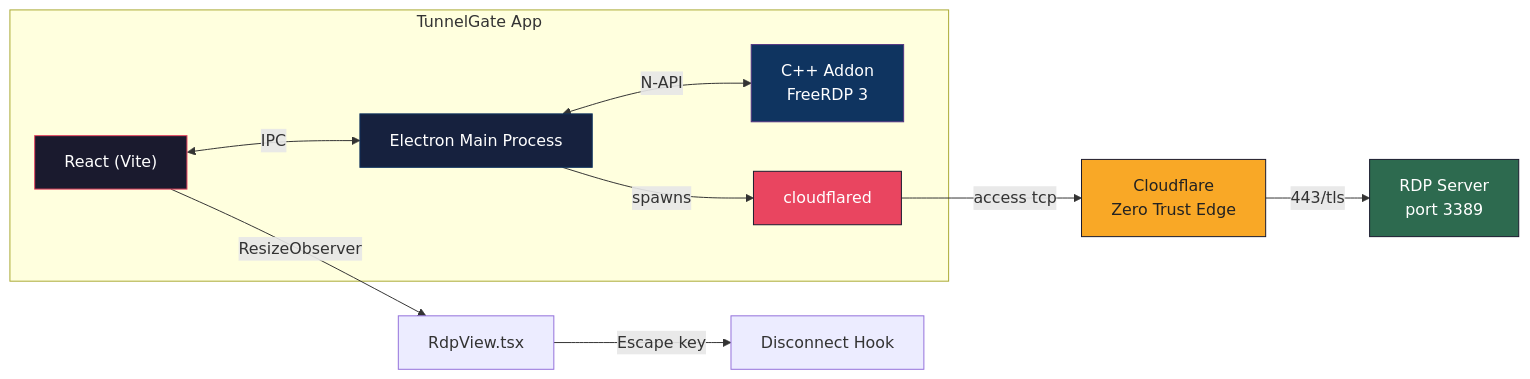
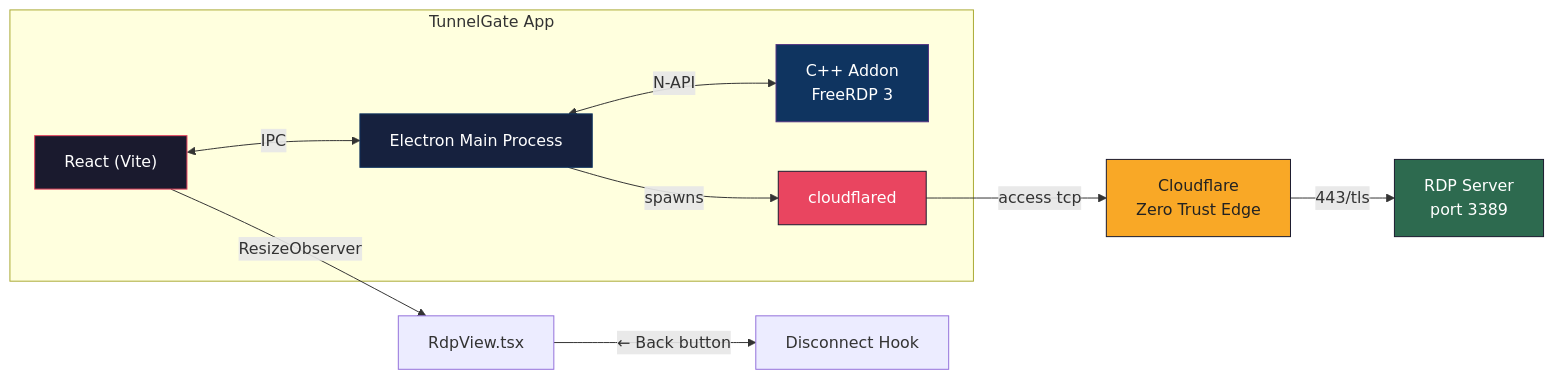
One commit to RandomKid24/tunnelgate changed the first of 2 diagrams in README.md. Above: the diagram before and after it, drawn with Mermaid. The commit also changed other lines of this file and 25 other files, not shown here.

````diff
--- a/README.md
+++ b/README.md
@@ -55,21 +55,21 @@
 ```mermaid
 flowchart LR
     subgraph App["TunnelGate App"]
         UI["React (Vite)"] <-->|IPC| Main["Electron Main Process"]
         Main <-->|N-API| Native["C++ Addon<br/>FreeRDP 3"]
         Main -->|spawns| CT["cloudflared"]
     end
 
     CT -->|"access tcp"| CF["Cloudflare<br/>Zero Trust Edge"]
     CF -->|"443/tls"| Server["RDP Server<br/>port 3389"]
 
     UI -->|"ResizeObserver"| Rdp["RdpView.tsx"]
-    Rdp -->|"Escape key"| Disc["Disconnect Hook"]
+    Rdp -->|"← Back button"| Disc["Disconnect Hook"]
 
     style UI fill:#1a1a2e,stroke:#e94560,color:#fff
     style Main fill:#16213e,stroke:#0f3460,color:#fff
     style Native fill:#0f3460,stroke:#533483,color:#fff
     style CT fill:#e94560,stroke:#1a1a2e,color:#fff
     style CF fill:#f9a826,stroke:#1a1a2e,color:#222
     style Server fill:#2d6a4f,stroke:#1a1a2e,color:#fff
 ```
````
